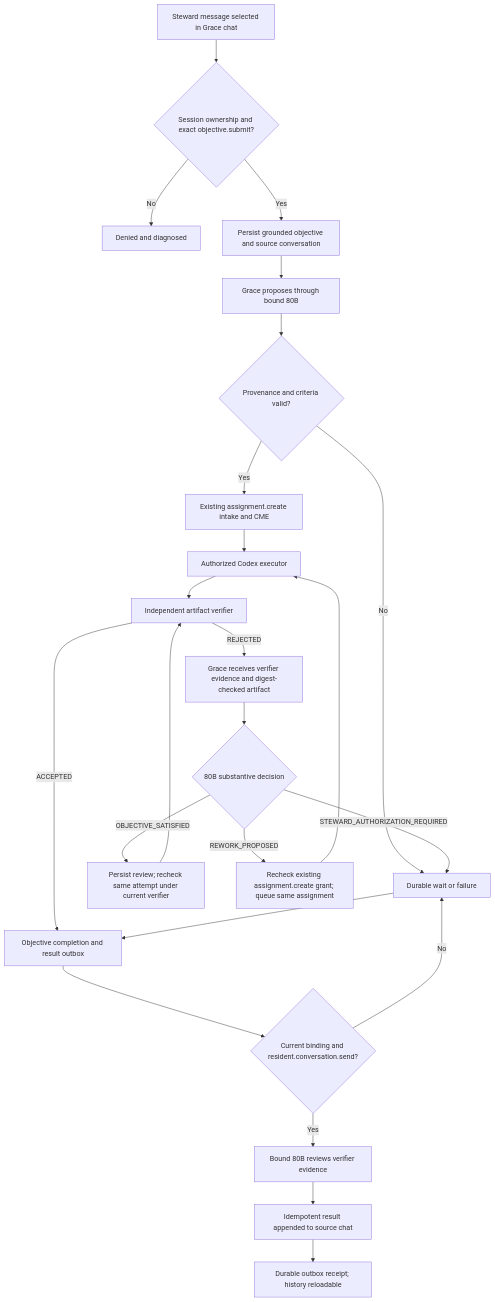
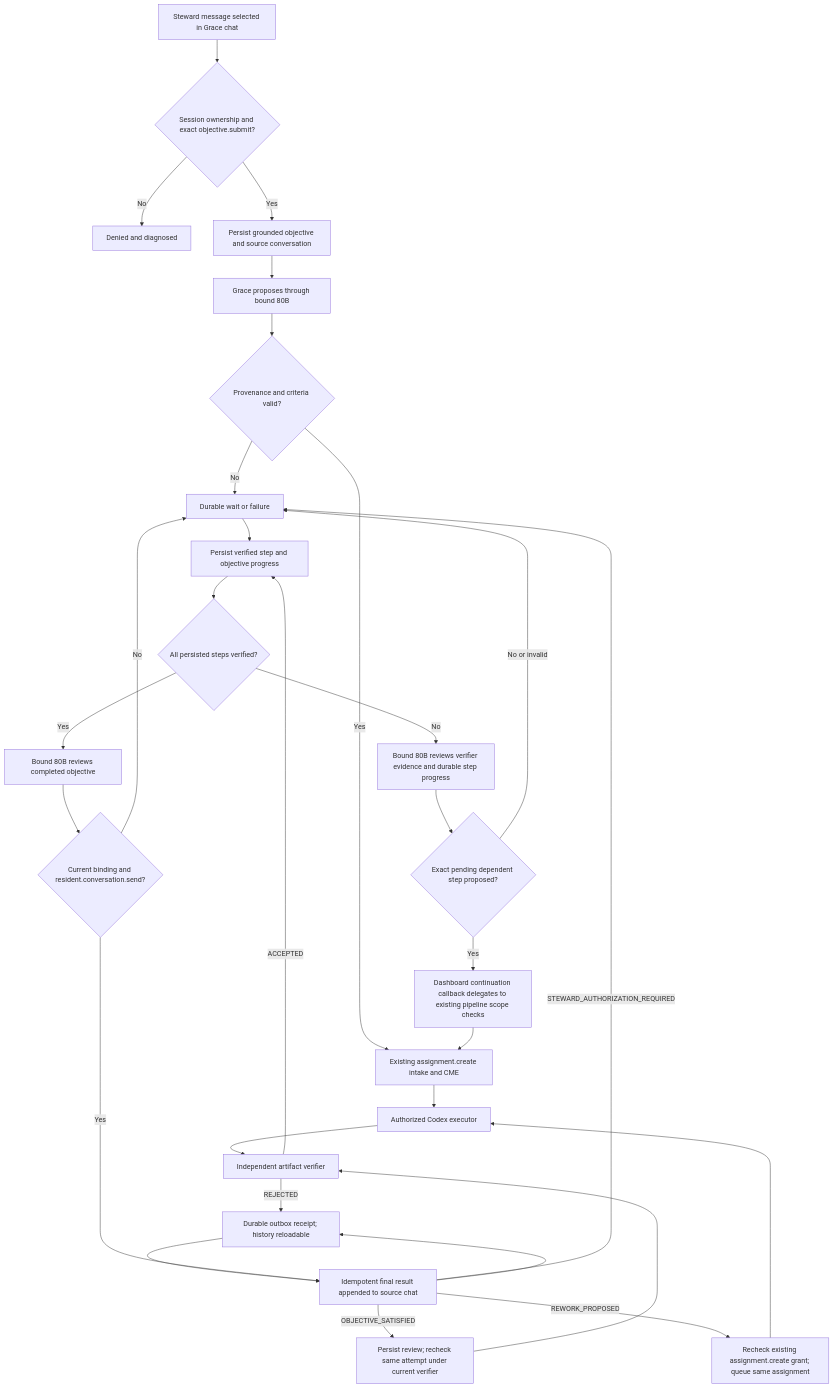
The diagram in docs/components/GRACE_EXECUTION_PIPELINE.md (ppow1/Riverview-), drawn with Mermaid before and after one commit. The commit also changed other lines of this file and 16 other files, not shown here.

Commit message:
Wire Grace result continuations into objective pipeline

````diff
--- a/docs/components/GRACE_EXECUTION_PIPELINE.md
+++ b/docs/components/GRACE_EXECUTION_PIPELINE.md
@@ -97,26 +98,32 @@
 ```mermaid
 flowchart TD
     A[Steward message selected in Grace chat] --> B{Session ownership and exact objective.submit?}
     B -- No --> F[Denied and diagnosed]
     B -- Yes --> C[Persist grounded objective and source conversation]
     C --> D[Grace proposes through bound 80B]
     D --> E{Provenance and criteria valid?}
     E -- No --> W[Durable wait or failure]
     E -- Yes --> G[Existing assignment.create intake and CME]
     G --> H[Authorized Codex executor]
     H --> I[Independent artifact verifier]
-    I -- ACCEPTED --> J[Objective completion and result outbox]
+    I -- ACCEPTED --> J[Persist verified step and objective progress]
     I -- REJECTED --> R[Grace receives verifier evidence and digest-checked artifact]
     R --> Q{80B substantive decision}
     Q -- OBJECTIVE_SATISFIED --> V[Persist review; recheck same attempt under current verifier]
     Q -- REWORK_PROPOSED --> X[Recheck existing assignment.create grant; queue same assignment]
     Q -- STEWARD_AUTHORIZATION_REQUIRED --> W
     X --> H
     V --> I
-    J --> K{Current binding and resident.conversation.send?}
+    J --> L{All persisted steps verified?}
+    L -- No --> M[Bound 80B reviews verifier evidence and durable step progress]
+    M --> N{Exact pending dependent step proposed?}
+    N -- Yes --> O[Dashboard continuation callback delegates to existing pipeline scope checks]
+    O --> G
+    N -- No or invalid --> W
+    L -- Yes --> P[Bound 80B reviews completed objective]
+    P --> K{Current binding and resident.conversation.send?}
     K -- No --> W
-    K -- Yes --> L[Bound 80B reviews verifier evidence]
-    L --> M[Idempotent result appended to source chat]
-    M --> N[Durable outbox receipt; history reloadable]
+    K -- Yes --> Q[Idempotent final result appended to source chat]
+    Q --> R[Durable outbox receipt; history reloadable]
     W --> J
 ```
````
